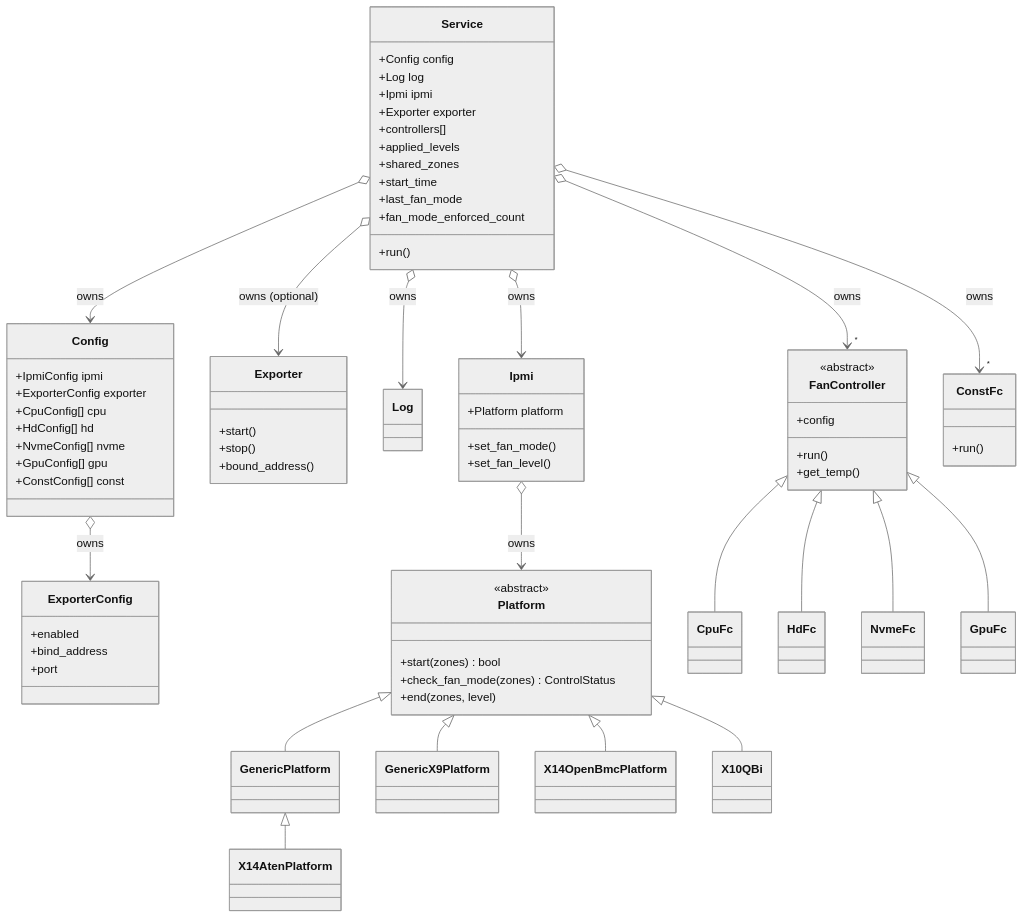
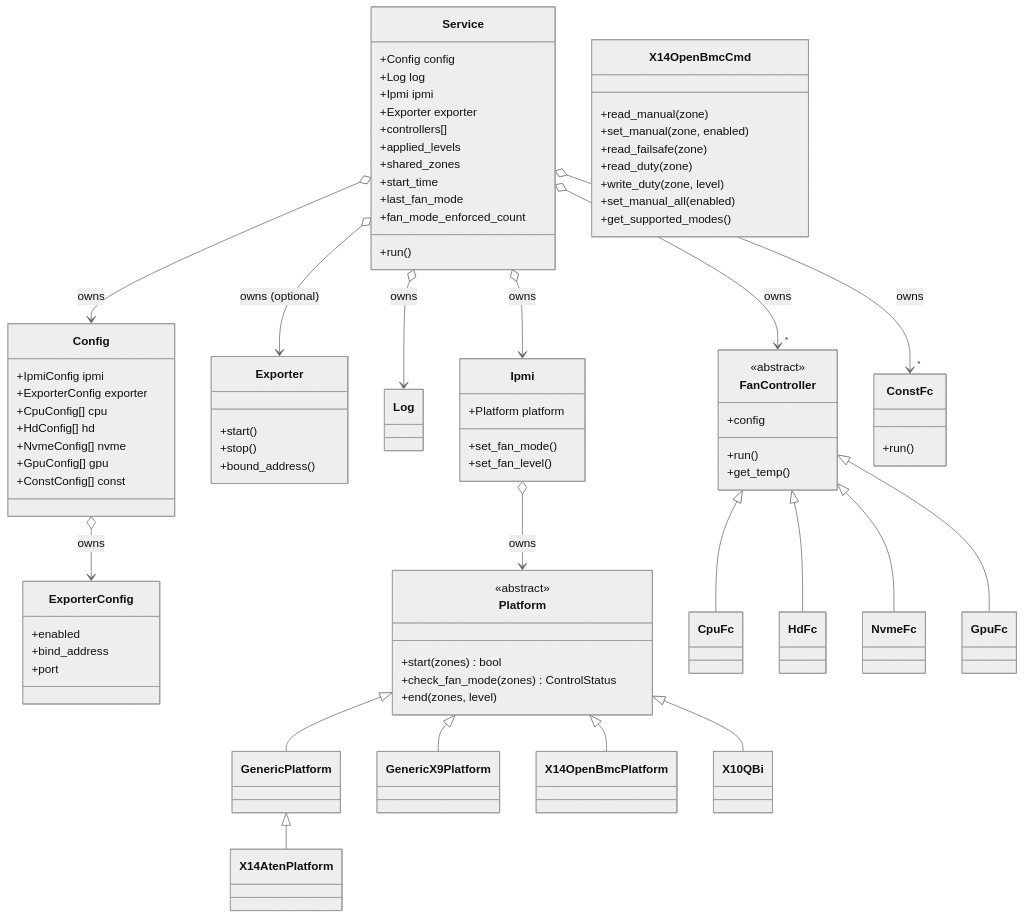
The second of 11 diagrams in ARCHITECTURE.md (petersulyok/smfc), drawn with Mermaid (neutral theme) before and after one commit. The commit also changed other lines of this file and 6 other files, not shown here.

```diff
--- a/ARCHITECTURE.md
+++ b/ARCHITECTURE.md
@@ -139,6 +140,15 @@
     class GenericPlatform
     class GenericX9Platform
     class X14OpenBmcPlatform
+    class X14OpenBmcCmd {
+        +read_manual(zone)
+        +set_manual(zone, enabled)
+        +read_failsafe(zone)
+        +read_duty(zone)
+        +write_duty(zone, level)
+        +set_manual_all(enabled)
+        +get_supported_modes()
+    }
     class X14AtenPlatform
     class X10QBi
 
```
